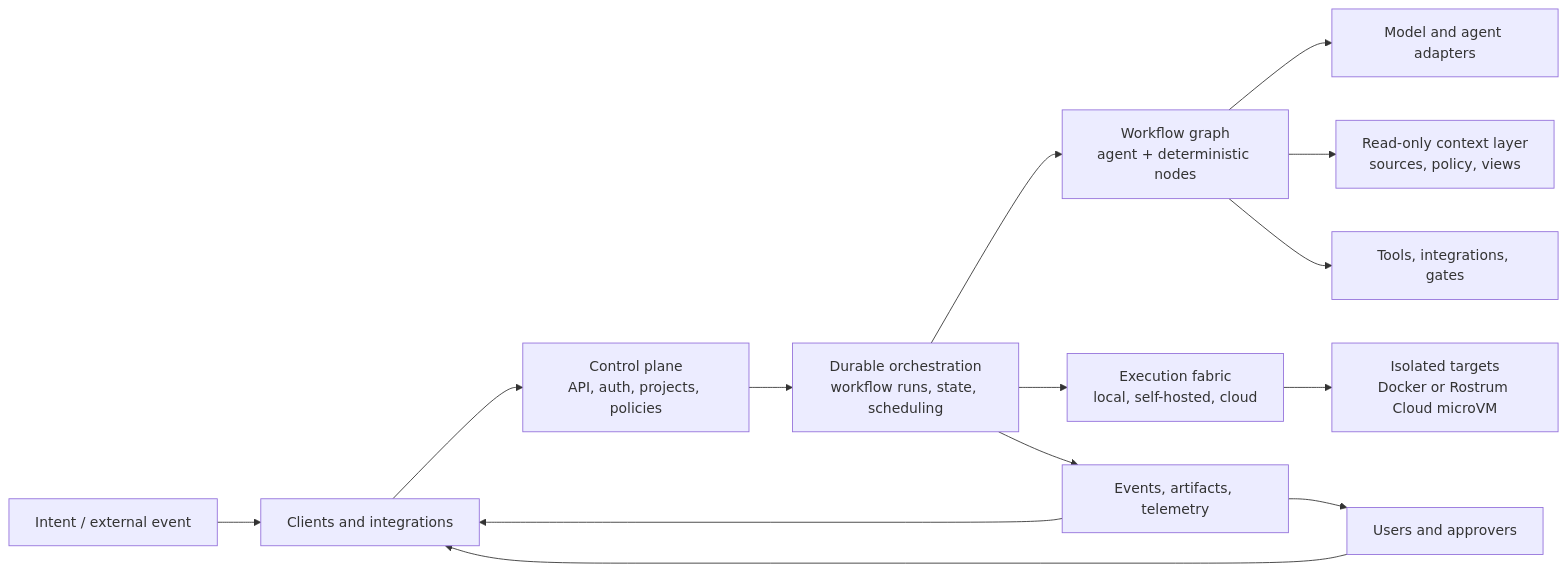
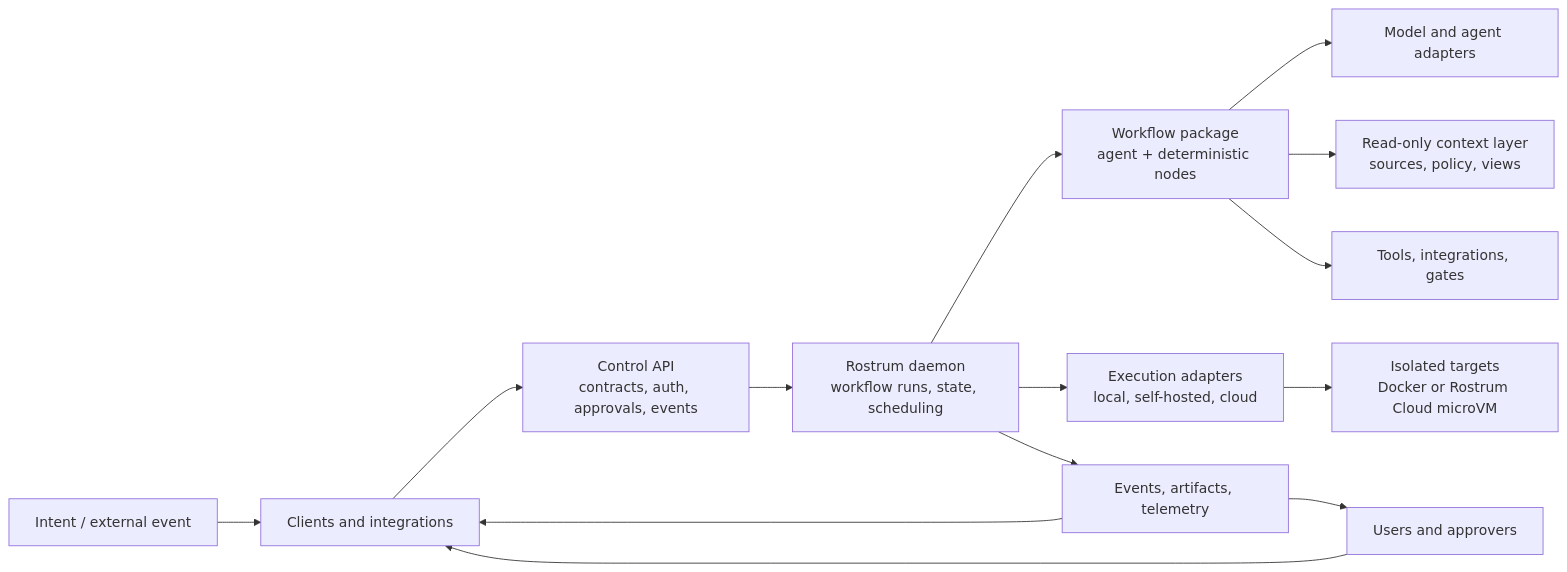
One commit to RostrumAI/rostrum changed the second of 2 diagrams in docs/strategy/rostrum-end-to-end-product-plan.md. Above: the diagram before and after it, drawn with Mermaid. The commit also changed other lines of this file and 22 other files, not shown here.

````diff
--- a/docs/strategy/rostrum-end-to-end-product-plan.md
+++ b/docs/strategy/rostrum-end-to-end-product-plan.md
@@ -294,16 +296,16 @@
 ```mermaid
 flowchart LR
     I["Intent / external event"] --> C["Clients and integrations"]
-    C --> CP["Control plane\nAPI, auth, projects, policies"]
-    CP --> O["Durable orchestration\nworkflow runs, state, scheduling"]
-    O --> W["Workflow graph\nagent + deterministic nodes"]
-    O --> X["Execution fabric\nlocal, self-hosted, cloud"]
+    C --> CP["Control API\ncontracts, auth, approvals, events"]
+    CP --> D["Rostrum daemon\nworkflow runs, state, scheduling"]
+    D --> W["Workflow package\nagent + deterministic nodes"]
+    D --> X["Execution adapters\nlocal, self-hosted, cloud"]
     X --> T["Isolated targets\nDocker or Rostrum Cloud microVM"]
     W --> M["Model and agent adapters"]
     W --> K["Read-only context layer\nsources, policy, views"]
-    W --> D["Tools, integrations, gates"]
-    O --> E["Events, artifacts, telemetry"]
+    W --> G["Tools, integrations, gates"]
+    D --> E["Events, artifacts, telemetry"]
     E --> C
     E --> U["Users and approvers"]
     U --> C
 ```
````
